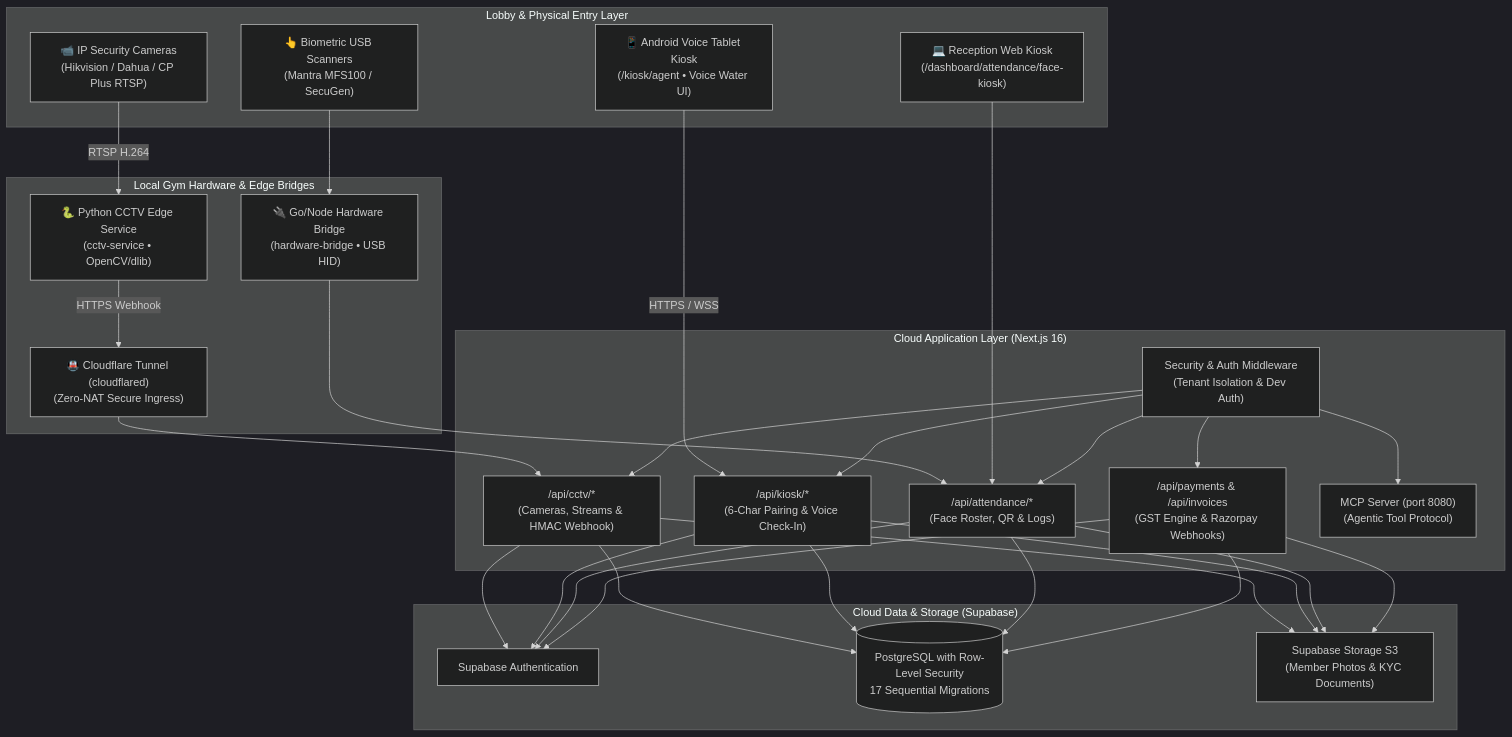
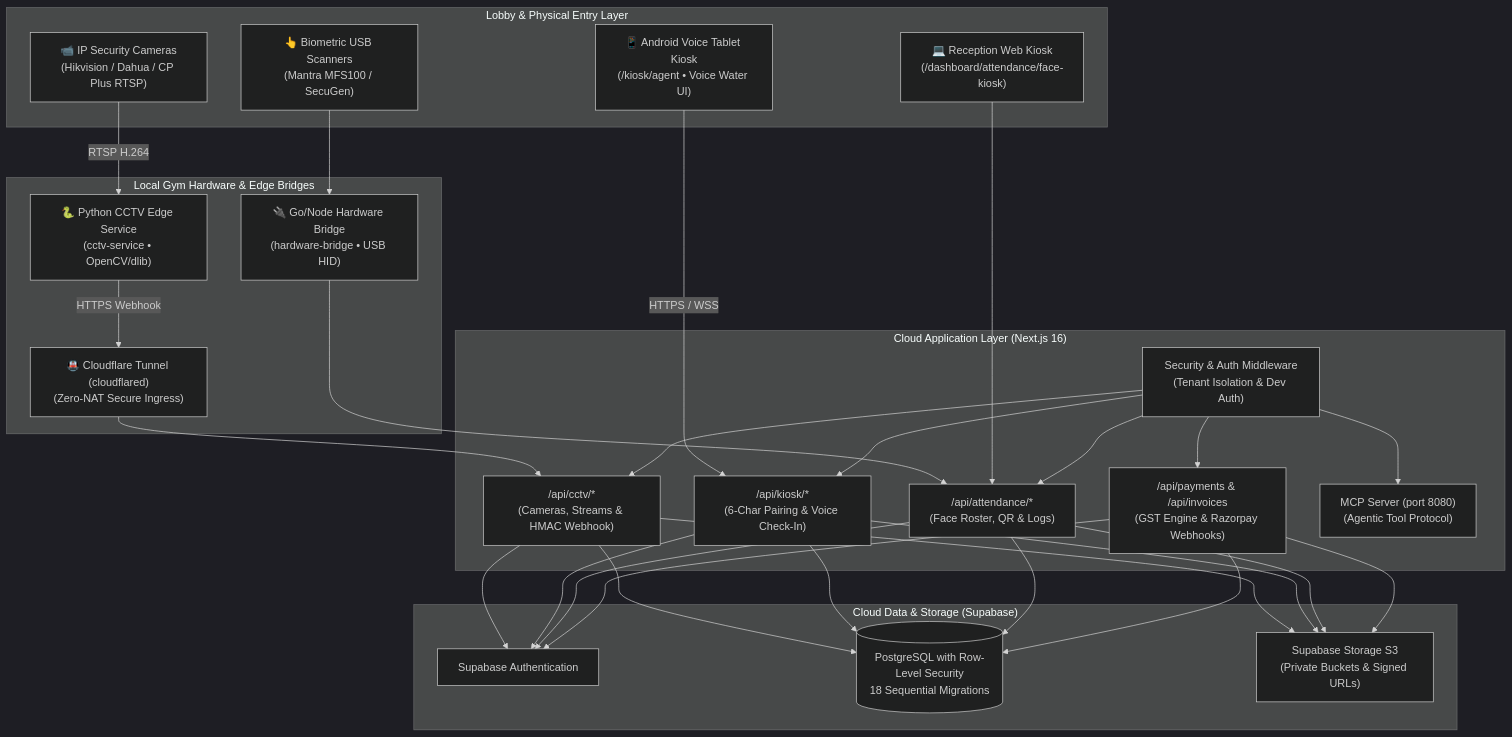
One commit to prashantb2400/GYM-ERP-2 changed the diagram in README.md. Above: the diagram before and after it, drawn with Mermaid (dark theme). The commit also changed other lines of this file and 22 other files, not shown here.

````diff
--- a/README.md
+++ b/README.md
@@ -57,41 +57,41 @@
 ```mermaid
 flowchart TB
     subgraph Kiosks["Lobby & Physical Entry Layer"]
         TabletKiosk["📱 Android Voice Tablet Kiosk<br/>(/kiosk/agent • Voice Water UI)"]
         WebKiosk["💻 Reception Web Kiosk<br/>(/dashboard/attendance/face-kiosk)"]
         CCTVCams["📹 IP Security Cameras<br/>(Hikvision / Dahua / CP Plus RTSP)"]
         BioUSB["👆 Biometric USB Scanners<br/>(Mantra MFS100 / SecuGen)"]
     end
 
     subgraph EdgeServices["Local Gym Hardware & Edge Bridges"]
         CCTVEdge["🐍 Python CCTV Edge Service<br/>(cctv-service • OpenCV/dlib)"]
         HWBridge["🔌 Go/Node Hardware Bridge<br/>(hardware-bridge • USB HID)"]
         CFTunnel["🚇 Cloudflare Tunnel (cloudflared)<br/>(Zero-NAT Secure Ingress)"]
     end
 
     subgraph CloudApp["Cloud Application Layer (Next.js 16)"]
         Middleware["Security & Auth Middleware<br/>(Tenant Isolation & Dev Auth)"]
         CCTVAPI["/api/cctv/*<br/>(Cameras, Streams & HMAC Webhook)"]
         KioskAPI["/api/kiosk/*<br/>(6-Char Pairing & Voice Check-In)"]
         AttendAPI["/api/attendance/*<br/>(Face Roster, QR & Logs)"]
         BillingAPI["/api/payments & /api/invoices<br/>(GST Engine & Razorpay Webhooks)"]
         MCPServer["MCP Server (port 8080)<br/>(Agentic Tool Protocol)"]
     end
 
     subgraph DatabaseCloud["Cloud Data & Storage (Supabase)"]
         SupaAuth["Supabase Authentication"]
-        SupaDB[("PostgreSQL with Row-Level Security<br/>17 Sequential Migrations")]
-        SupaStorage["Supabase Storage S3<br/>(Member Photos & KYC Documents)"]
+        SupaDB[("PostgreSQL with Row-Level Security<br/>18 Sequential Migrations")]
+        SupaStorage["Supabase Storage S3<br/>(Private Buckets & Signed URLs)"]
     end
 
     CCTVCams -->|RTSP H.264| CCTVEdge
     CCTVEdge -->|HTTPS Webhook| CFTunnel
     CFTunnel --> CCTVAPI
     TabletKiosk -->|HTTPS / WSS| KioskAPI
     BioUSB --> HWBridge
     HWBridge --> AttendAPI
     WebKiosk --> AttendAPI
 
     Middleware --> CCTVAPI & KioskAPI & AttendAPI & BillingAPI & MCPServer
     CCTVAPI & KioskAPI & AttendAPI & BillingAPI --> SupaAuth & SupaDB & SupaStorage
 ```
````
